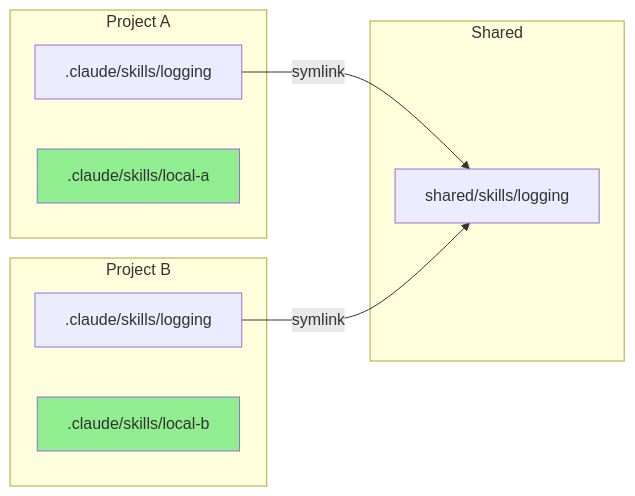
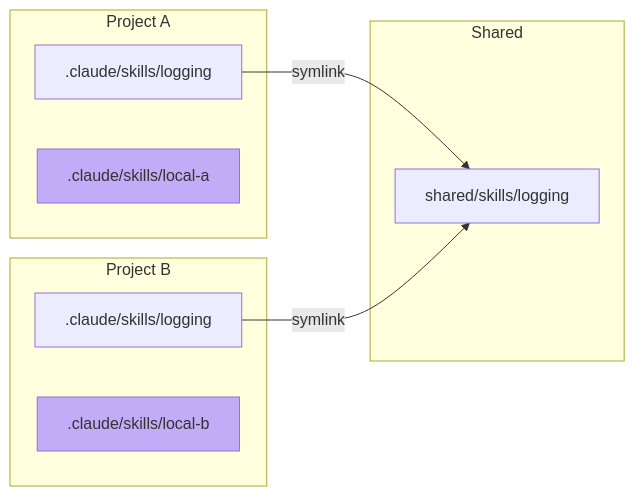
Before and after one commit to transilienceai/cldpm: the third of 5 diagrams in README.md, drawn with Mermaid. The commit also changed other lines of this file and 5 other files, not shown here.

````diff
--- a/README.md
+++ b/README.md
@@ -137,19 +137,19 @@
 ```mermaid
 graph LR
     subgraph "Shared"
         SC[shared/skills/logging]
     end
 
     subgraph "Project A"
         PA[.claude/skills/logging] -->|symlink| SC
         LA[.claude/skills/local-a]
     end
 
     subgraph "Project B"
         PB[.claude/skills/logging] -->|symlink| SC
         LB[.claude/skills/local-b]
     end
 
-    style LA fill:#90EE90
-    style LB fill:#90EE90
+    style LA fill:#c2abf7
+    style LB fill:#c2abf7
 ```
````
